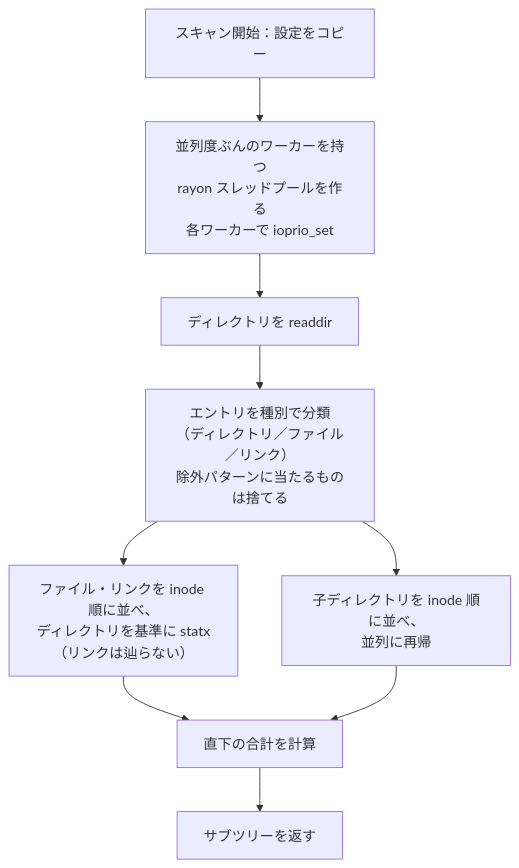
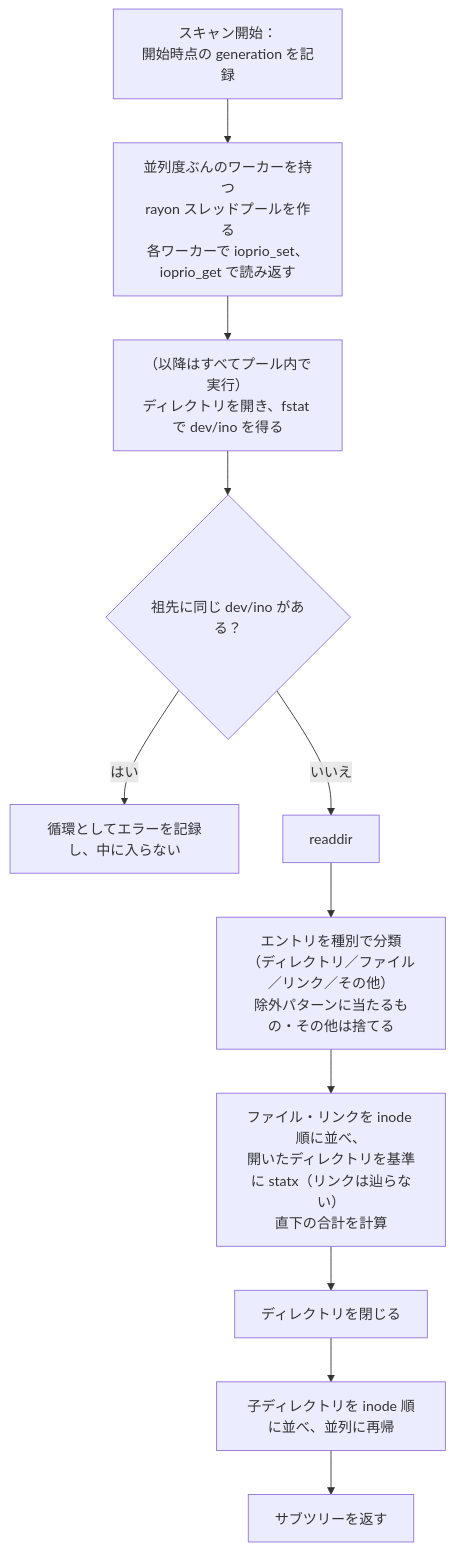
The third of 3 diagrams in doc/design/20261101_dir_scan_design.md (yumetodo/suminoe_file_server), drawn with Mermaid before and after one commit. The commit also changed other lines of this file, not shown here.

````diff
--- a/doc/design/20261101_dir_scan_design.md
+++ b/doc/design/20261101_dir_scan_design.md
@@ -148,11 +164,13 @@
 ```mermaid
 flowchart TD
-    start["スキャン開始：設定をコピー"] --> pool["並列度ぶんのワーカーを持つ<br>rayon スレッドプールを作る<br>各ワーカーで ioprio_set"]
-    pool --> dir["ディレクトリを readdir"]
-    dir --> split["エントリを種別で分類<br>（ディレクトリ／ファイル／リンク）<br>除外パターンに当たるものは捨てる"]
-    split --> files["ファイル・リンクを inode 順に並べ、<br>ディレクトリを基準に statx（リンクは辿らない）"]
-    split --> subdirs["子ディレクトリを inode 順に並べ、<br>並列に再帰"]
-    files --> sum["直下の合計を計算"]
-    subdirs --> sum
-    sum --> done["サブツリーを返す"]
+    start["スキャン開始：<br>開始時点の generation を記録"] --> pool["並列度ぶんのワーカーを持つ<br>rayon スレッドプールを作る<br>各ワーカーで ioprio_set、ioprio_get で読み返す"]
+    pool --> open["（以降はすべてプール内で実行）<br>ディレクトリを開き、fstat で dev/ino を得る"]
+    open --> cycle{"祖先に同じ dev/ino がある？"}
+    cycle -->|はい| cyc["循環としてエラーを記録し、中に入らない"]
+    cycle -->|いいえ| dir["readdir"]
+    dir --> split["エントリを種別で分類<br>（ディレクトリ／ファイル／リンク／その他）<br>除外パターンに当たるもの・その他は捨てる"]
+    split --> files["ファイル・リンクを inode 順に並べ、<br>開いたディレクトリを基準に statx（リンクは辿らない）<br>直下の合計を計算"]
+    files --> close["ディレクトリを閉じる"]
+    close --> subdirs["子ディレクトリを inode 順に並べ、並列に再帰"]
+    subdirs --> done["サブツリーを返す"]
 ```
````
